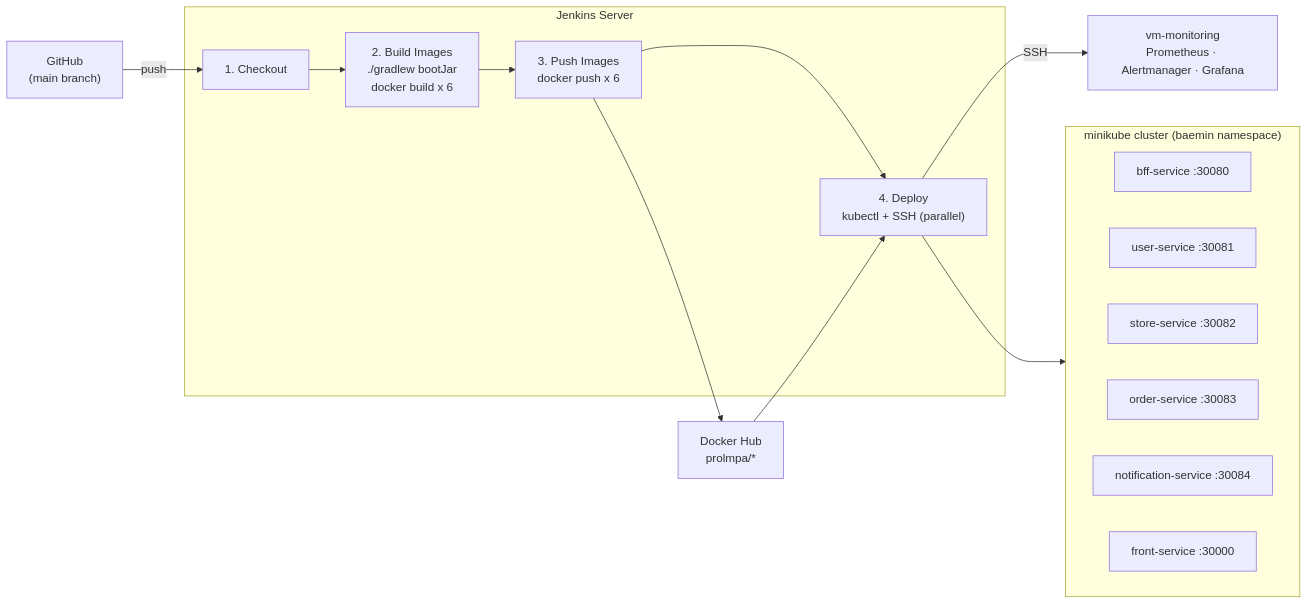
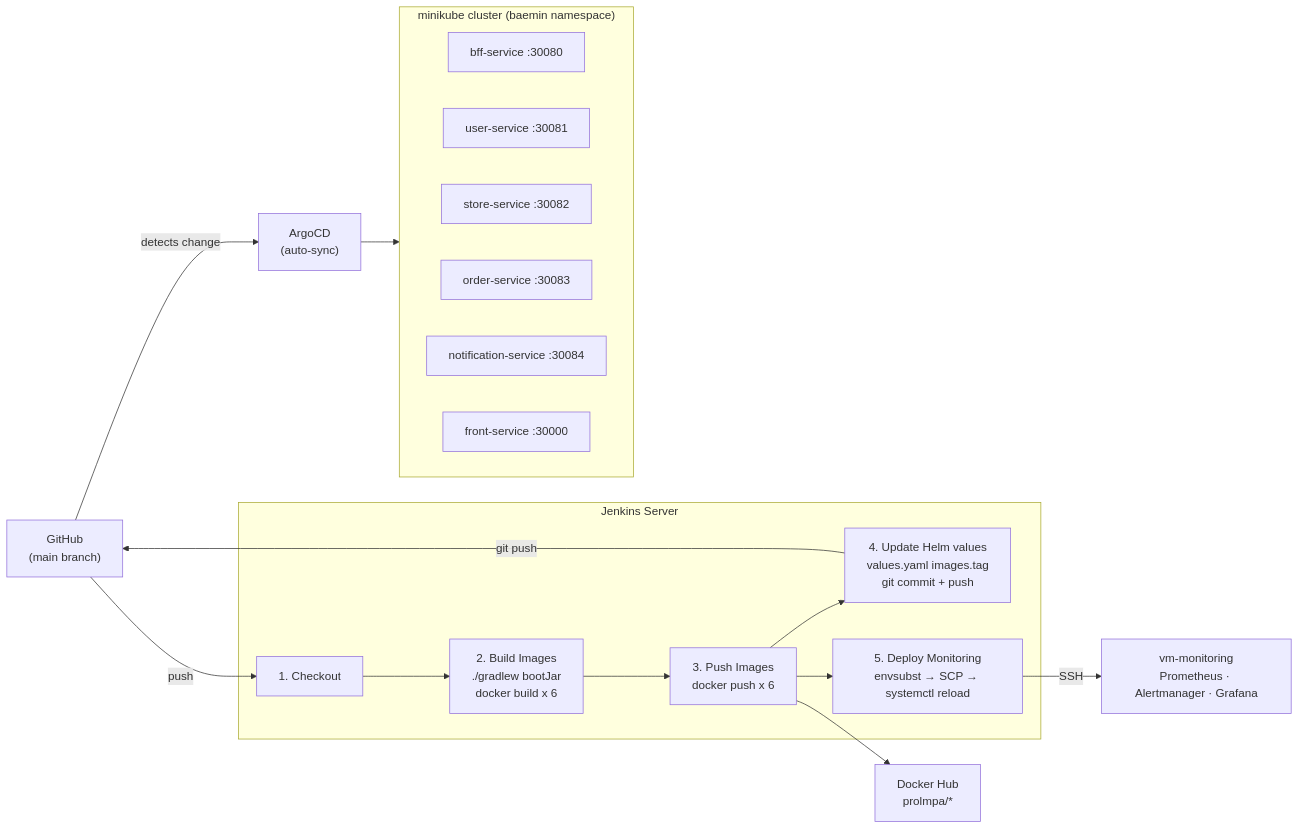
The seventh of 7 diagrams in README.md (proLmpa/Deliprac), drawn with Mermaid before and after one commit. The commit also changed other lines of this file and 2 other files, not shown here.

````diff
--- a/README.md
+++ b/README.md
@@ -567,30 +495,33 @@
 ```mermaid
 flowchart LR
     GH["GitHub\n(main branch)"]
     DH["Docker Hub\nprolmpa/*"]
+    AC["ArgoCD\n(auto-sync)"]
 
     subgraph jenkins ["Jenkins Server"]
         CO["1. Checkout"]
         BI["2. Build Images\n./gradlew bootJar\ndocker build x 6"]
         PI["3. Push Images\ndocker push x 6"]
-        DP["4. Deploy\nkubectl + SSH (parallel)"]
+        UH["4. Update Helm values\nvalues.yaml images.tag\ngit commit + push"]
+        DP["5. Deploy Monitoring\nenvsubst → SCP → systemctl reload"]
     end
 
     subgraph k8s ["minikube cluster (baemin namespace)"]
         direction LR
         BFF["bff-service :30080"]
         US["user-service :30081"]
         SS["store-service :30082"]
         OS["order-service :30083"]
         NS["notification-service :30084"]
         FS["front-service :30000"]
     end
 
     VM["vm-monitoring\nPrometheus · Alertmanager · Grafana"]
 
-    GH -->|push| CO --> BI --> PI --> DP
+    GH -->|push| CO --> BI --> PI --> UH & DP
     PI --> DH
-    DH --> DP
-    DP --> k8s
+    UH -->|git push| GH
+    GH -->|detects change| AC
+    AC --> k8s
     DP -->|SSH| VM
 ```
````
